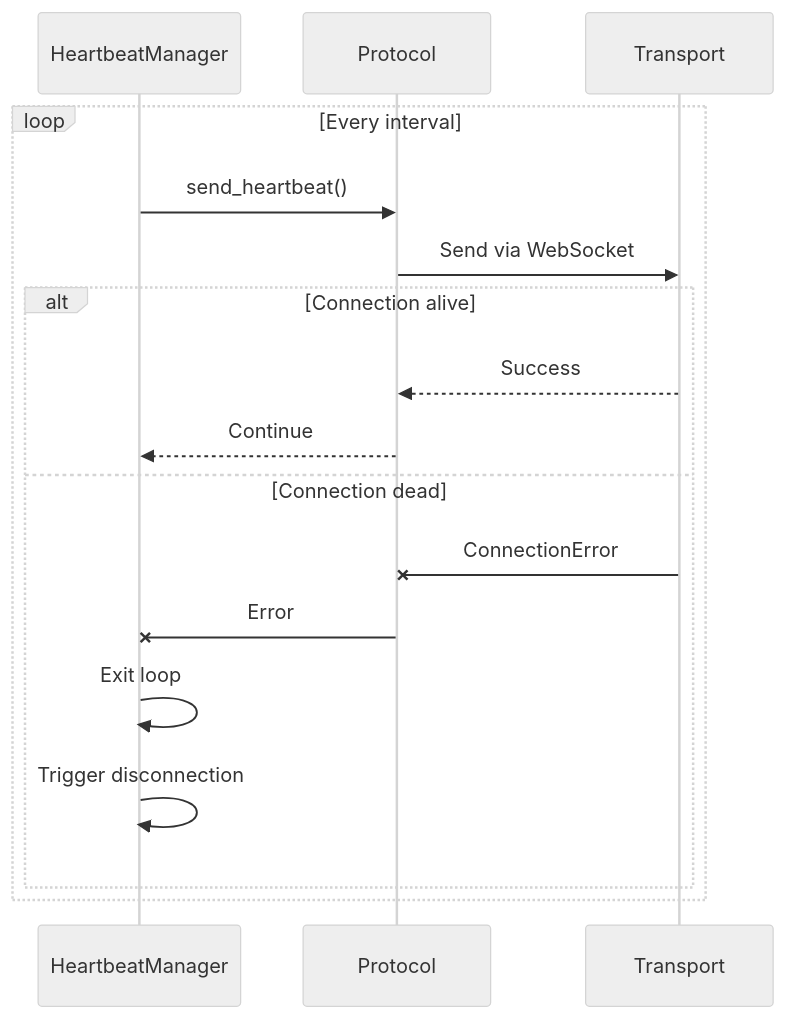
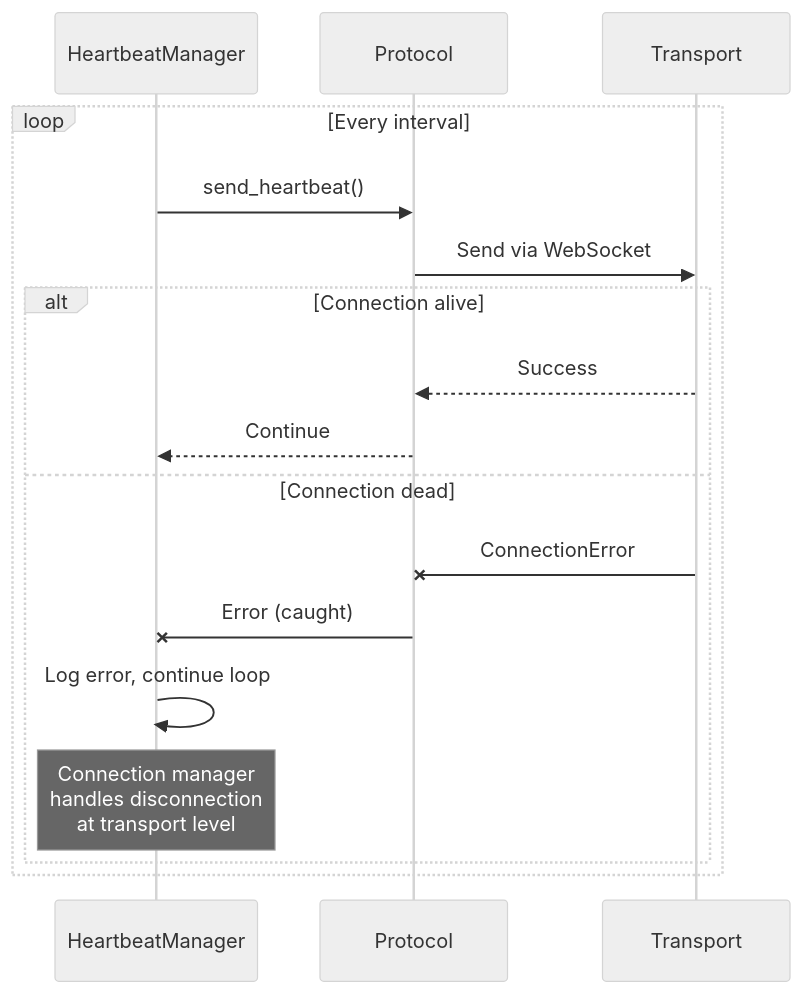
Before and after one commit to microsoft/UFO: the fourth of 4 diagrams in documents/docs/aip/resilience.md, drawn with Mermaid (neutral theme). The commit also changed other lines of this file and 11 other files, not shown here.

````diff
--- a/documents/docs/aip/resilience.md
+++ b/documents/docs/aip/resilience.md
@@ -280,20 +278,20 @@
 ```mermaid
 sequenceDiagram
     participant HM as HeartbeatManager
     participant P as Protocol
     participant T as Transport
     
     loop Every interval
         HM->>P: send_heartbeat()
         P->>T: Send via WebSocket
         alt Connection alive
             T-->>P: Success
             P-->>HM: Continue
         else Connection dead
             T-xP: ConnectionError
-            P-xHM: Error
-            HM->>HM: Exit loop
-            HM->>HM: Trigger disconnection
+            P-xHM: Error (caught)
+            HM->>HM: Log error, continue loop
+            Note over HM: Connection manager<br/>handles disconnection<br/>at transport level
         end
     end
 ```
````
